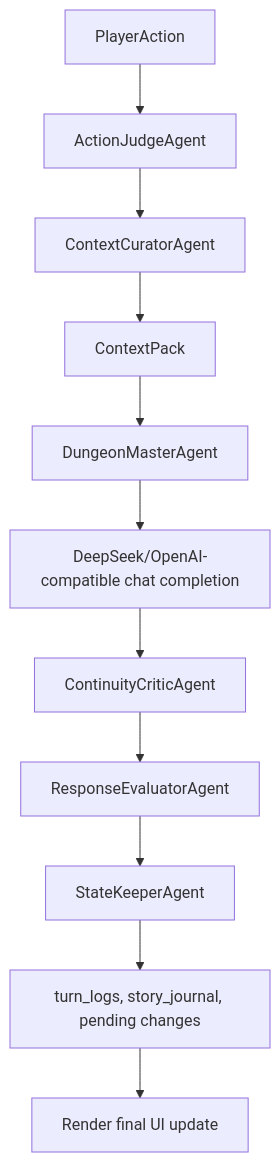
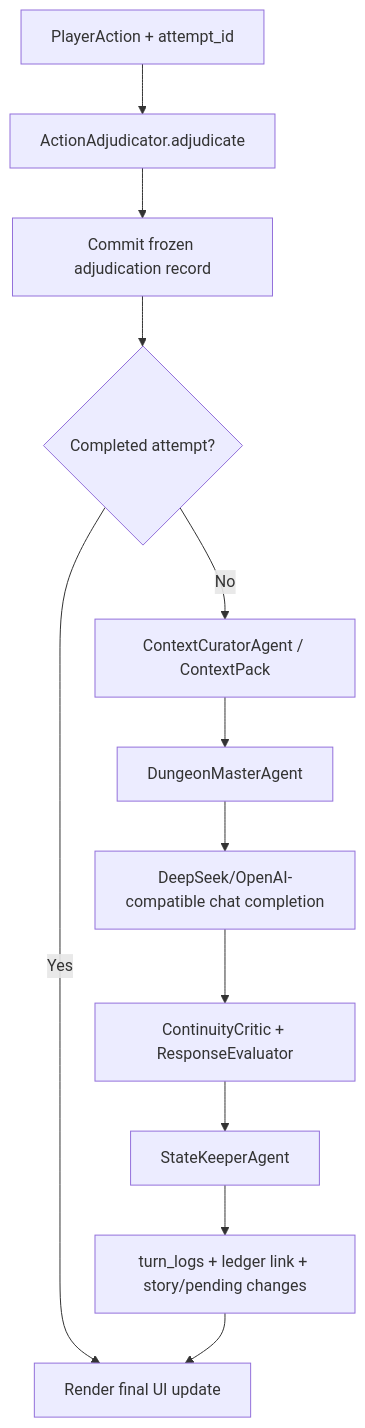
The diagram in docs/ARCHITECTURE.md (taogezhizun/one_person_dnd), drawn with Mermaid before and after one commit. The commit also changed other lines of this file and 57 other files, not shown here.

````diff
--- a/docs/ARCHITECTURE.md
+++ b/docs/ARCHITECTURE.md
@@ -126,13 +133,14 @@
 ```mermaid
 flowchart TD
-  A["PlayerAction"] --> B["ActionJudgeAgent"]
-  B --> C["ContextCuratorAgent"]
-  C --> D["ContextPack"]
-  D --> E["DungeonMasterAgent"]
-  E --> F["DeepSeek/OpenAI-compatible chat completion"]
-  F --> G["ContinuityCriticAgent"]
-  G --> H["ResponseEvaluatorAgent"]
+  A["PlayerAction + attempt_id"] --> B["ActionAdjudicator.adjudicate"]
+  B --> C["Commit frozen adjudication record"]
+  C --> D{"Completed attempt?"}
+  D -->|Yes| K["Replay stored turn"]
+  D -->|No| E["ContextCuratorAgent / ContextPack"]
+  E --> F["DungeonMasterAgent"]
+  F --> G["DeepSeek/OpenAI-compatible chat completion"]
+  G --> H["ContinuityCritic + ResponseEvaluator"]
   H --> I["StateKeeperAgent"]
-  I --> J["turn_logs, story_journal, pending changes"]
+  I --> J["turn_logs + ledger link + story/pending changes"]
   J --> K["Render final UI update"]
 ```
````
